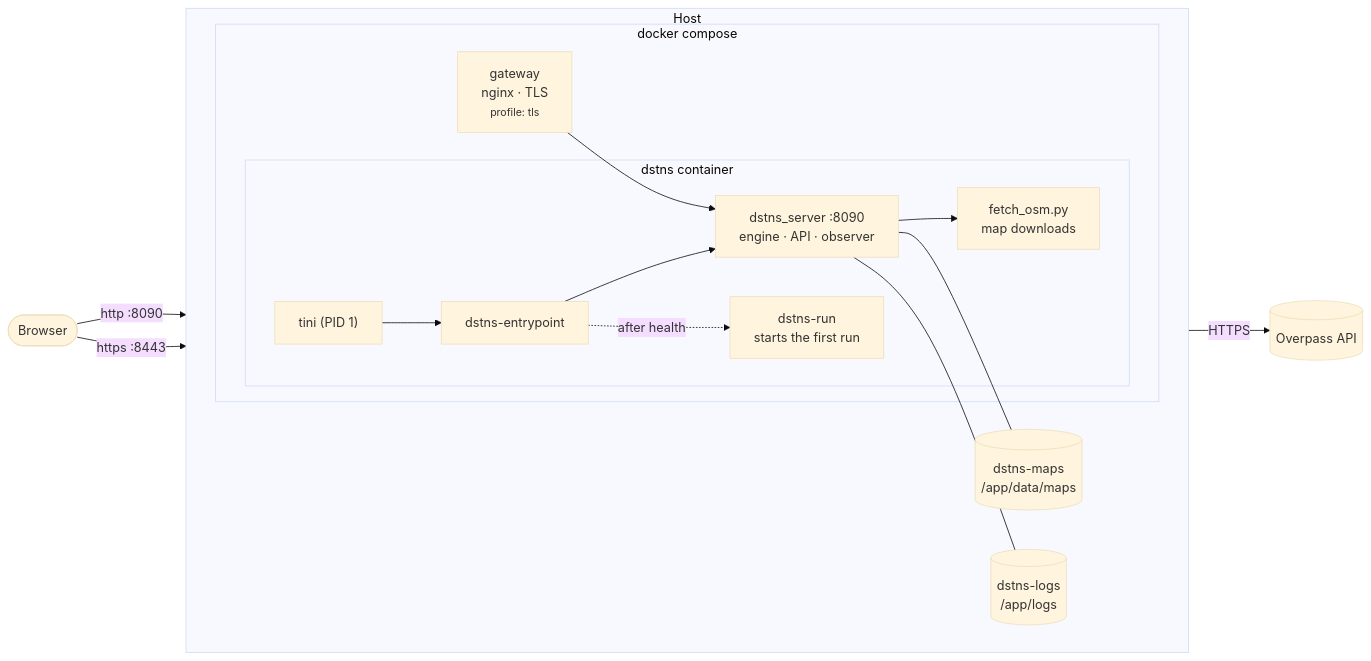
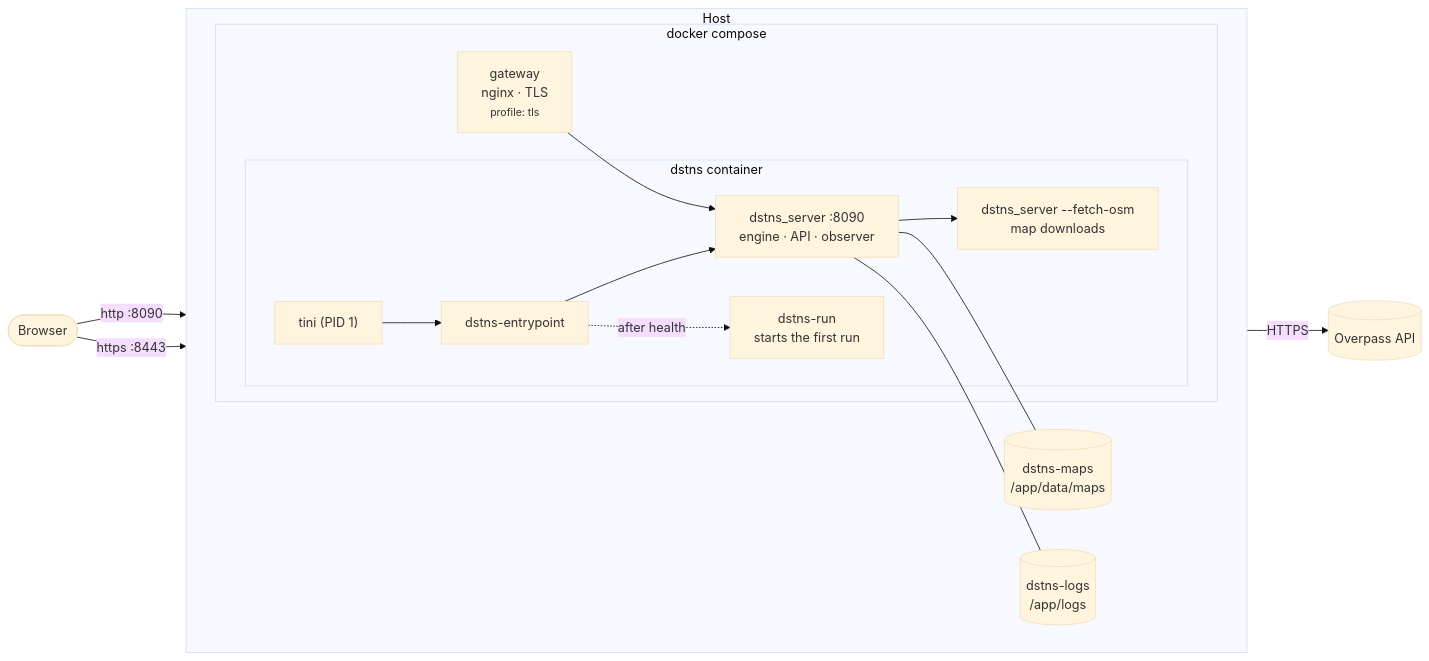
The first of 2 diagrams in docs/deployment/docker.md (varunkarthic/DSTNS), drawn with Mermaid (base theme) before and after one commit. The commit also changed other lines of this file and 29 other files, not shown here.

````diff
--- a/docs/deployment/docker.md
+++ b/docs/deployment/docker.md
@@ -93,23 +93,23 @@
 ```mermaid
 flowchart LR
     Browser(["Browser"])
     subgraph Host
         direction LR
         subgraph Compose["docker compose"]
             GW["gateway<br/>nginx · TLS<br/><small>profile: tls</small>"]
             subgraph D["dstns container"]
                 TINI["tini (PID 1)"] --> EP["dstns-entrypoint"]
                 EP --> SRV["dstns_server :8090<br/>engine · API · observer"]
                 EP -. "after health" .-> RUN["dstns-run<br/>starts the first run"]
-                SRV --> DL["fetch_osm.py<br/>map downloads"]
+                SRV --> DL["dstns_server --fetch-osm<br/>map downloads"]
             end
         end
         VM[("dstns-maps<br/>/app/data/maps")]
         VL[("dstns-logs<br/>/app/logs")]
     end
     Browser -- "http :8090" --> SRV
     Browser -- "https :8443" --> GW --> SRV
     SRV --- VM
     SRV --- VL
     DL -- "HTTPS" --> OP[("Overpass API")]
 ```
````
